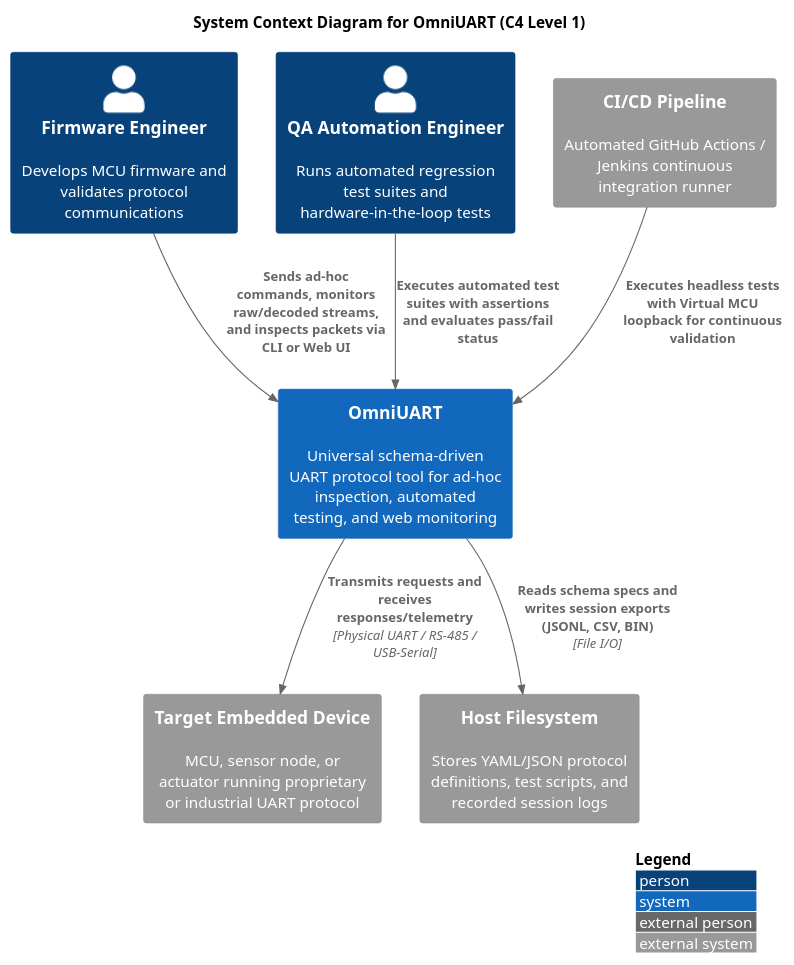
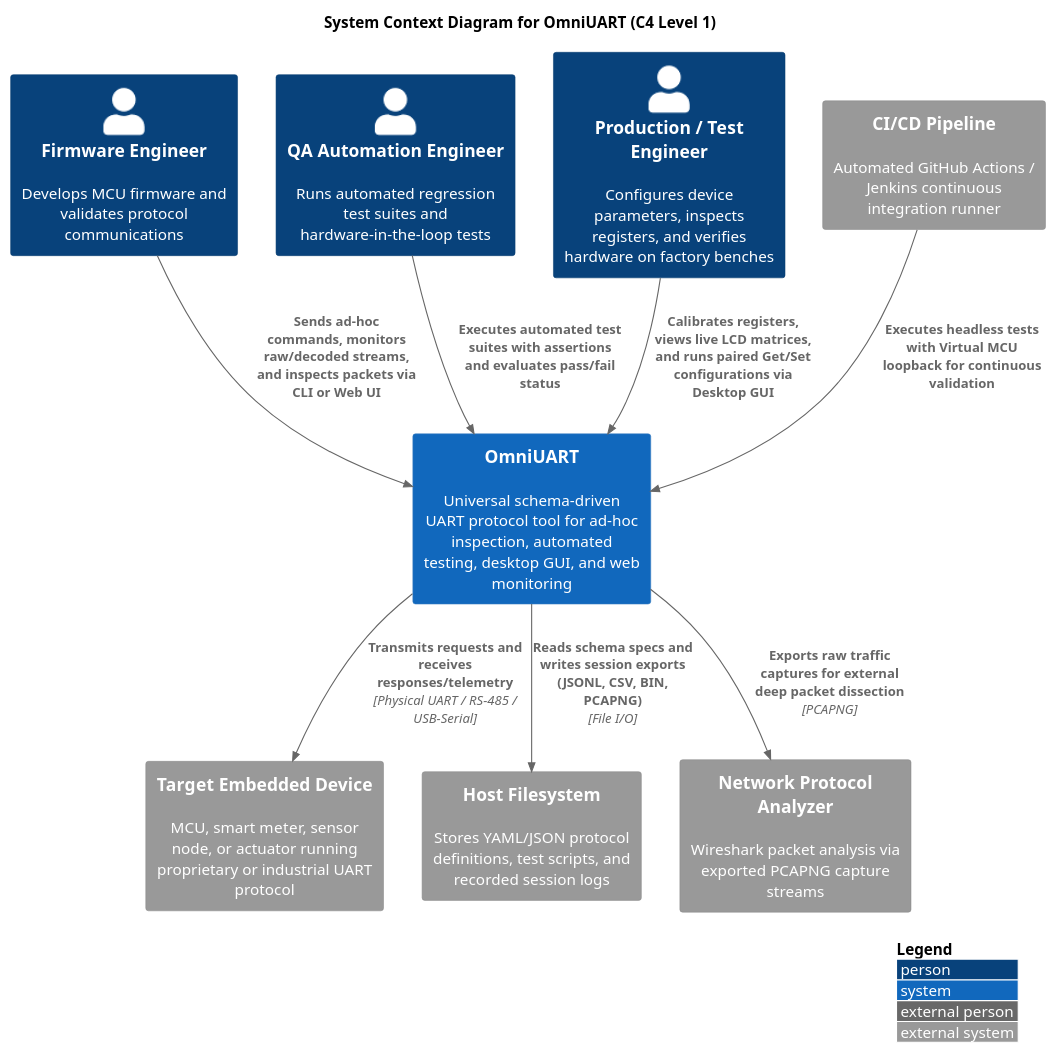
One commit to markbac/omni-uart changed the diagram in docs/diagrams/puml/c4_context.puml. Above: the diagram before and after it, drawn with PlantUML. The commit also changed 99 other files, not shown here.

```diff
--- a/docs/diagrams/puml/c4_context.puml
+++ b/docs/diagrams/puml/c4_context.puml
@@ -1,24 +1,28 @@
 @startuml c4_context
 !include <C4/C4_Context>
 
 LAYOUT_WITH_LEGEND()
 
 title System Context Diagram for OmniUART (C4 Level 1)
 
 Person(firmware_eng, "Firmware Engineer", "Develops MCU firmware and validates protocol communications")
 Person(qa_eng, "QA Automation Engineer", "Runs automated regression test suites and hardware-in-the-loop tests")
+Person(prod_eng, "Production / Test Engineer", "Configures device parameters, inspects registers, and verifies hardware on factory benches")
 
-System(omniuart, "OmniUART", "Universal schema-driven UART protocol tool for ad-hoc inspection, automated testing, and web monitoring")
+System(omniuart, "OmniUART", "Universal schema-driven UART protocol tool for ad-hoc inspection, automated testing, desktop GUI, and web monitoring")
 
-System_Ext(target_device, "Target Embedded Device", "MCU, sensor node, or actuator running proprietary or industrial UART protocol")
+System_Ext(target_device, "Target Embedded Device", "MCU, smart meter, sensor node, or actuator running proprietary or industrial UART protocol")
 System_Ext(ci_pipeline, "CI/CD Pipeline", "Automated GitHub Actions / Jenkins continuous integration runner")
 System_Ext(filesystem, "Host Filesystem", "Stores YAML/JSON protocol definitions, test scripts, and recorded session logs")
+System_Ext(wireshark, "Network Protocol Analyzer", "Wireshark packet analysis via exported PCAPNG capture streams")
 
 Rel(firmware_eng, omniuart, "Sends ad-hoc commands, monitors raw/decoded streams, and inspects packets via CLI or Web UI")
 Rel(qa_eng, omniuart, "Executes automated test suites with assertions and evaluates pass/fail status")
+Rel(prod_eng, omniuart, "Calibrates registers, views live LCD matrices, and runs paired Get/Set configurations via Desktop GUI")
 Rel(ci_pipeline, omniuart, "Executes headless tests with Virtual MCU loopback for continuous validation")
 
 Rel(omniuart, target_device, "Transmits requests and receives responses/telemetry", "Physical UART / RS-485 / USB-Serial")
-Rel(omniuart, filesystem, "Reads schema specs and writes session exports (JSONL, CSV, BIN)", "File I/O")
+Rel(omniuart, filesystem, "Reads schema specs and writes session exports (JSONL, CSV, BIN, PCAPNG)", "File I/O")
+Rel(omniuart, wireshark, "Exports raw traffic captures for external deep packet dissection", "PCAPNG")
 
 @enduml
```
